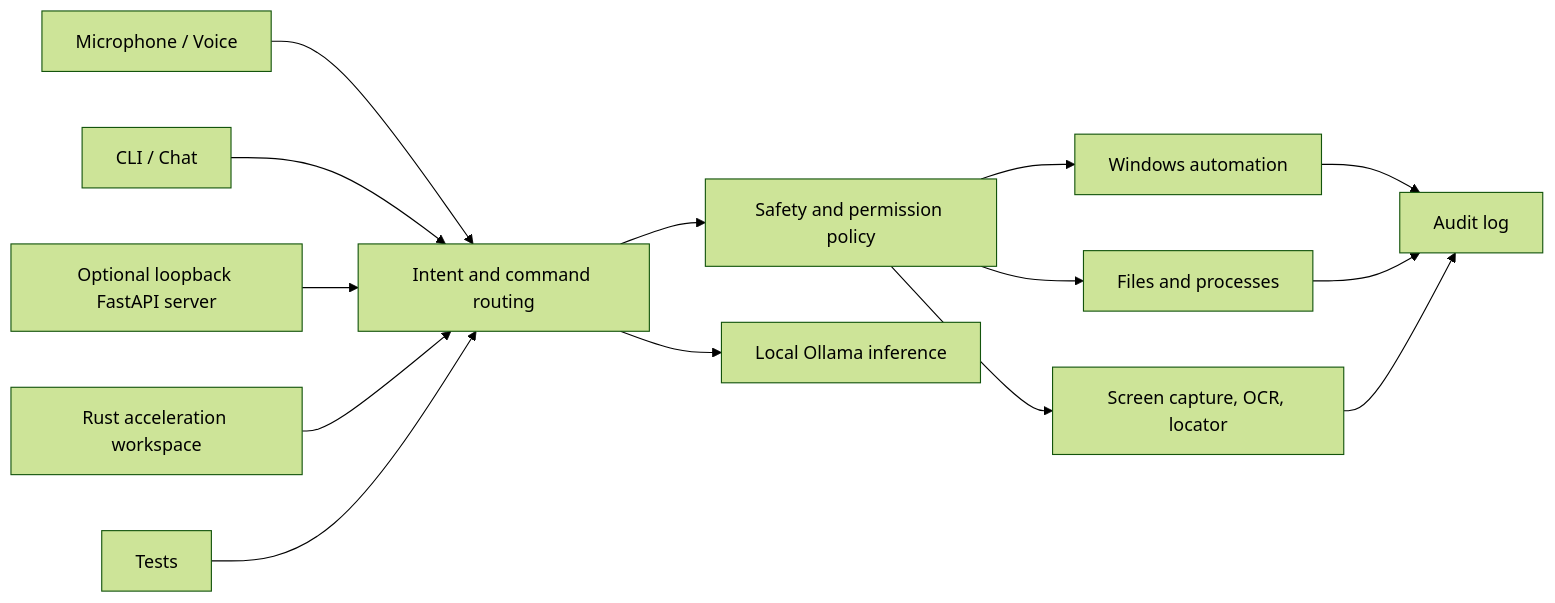
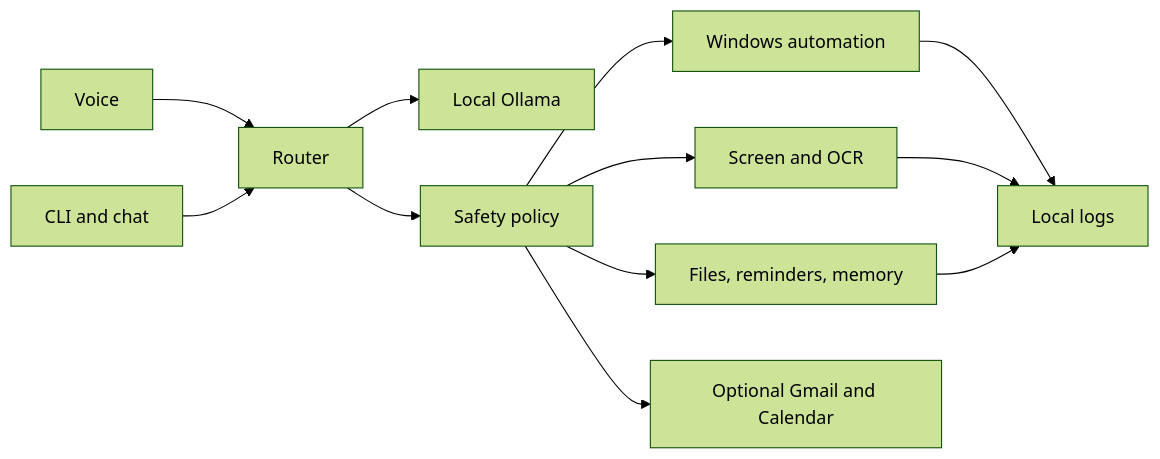
Before and after one commit to trhariharasudhan/Grandpa: the diagram in docs/development/repo-structure.md, drawn with Mermaid (forest theme). The commit also changed other lines of this file and 1248 other files, not shown here.

Commit message:
refactor(repo): focus Grandpa on local Windows assistant

````diff
--- a/docs/development/repo-structure.md
+++ b/docs/development/repo-structure.md
@@ -26,16 +18,14 @@
 ```mermaid
 flowchart LR
-  Voice["Microphone / Voice"] --> Router["Intent and command routing"]
-  CLI["CLI / Chat"] --> Router
-  Router --> Policy["Safety and permission policy"]
-  Policy --> Automation["Windows automation"]
-  Policy --> Files["Files and processes"]
-  Policy --> Screen["Screen capture, OCR, locator"]
-  Router --> Ollama["Local Ollama inference"]
-  Automation --> Audit["Audit log"]
-  Files --> Audit
-  Screen --> Audit
-  API["Optional loopback FastAPI server"] --> Router
-  Rust["Rust acceleration workspace"] --> Router
-  Tests["Tests"] --> Router
+  Voice["Voice"] --> Router["Router"]
+  CLI["CLI and chat"] --> Router
+  Router --> Ollama["Local Ollama"]
+  Router --> Safety["Safety policy"]
+  Safety --> Windows["Windows automation"]
+  Safety --> Screen["Screen and OCR"]
+  Safety --> Data["Files, reminders, memory"]
+  Safety --> Integrations["Optional Gmail and Calendar"]
+  Windows --> Logs["Local logs"]
+  Screen --> Logs
+  Data --> Logs
 ```
````
